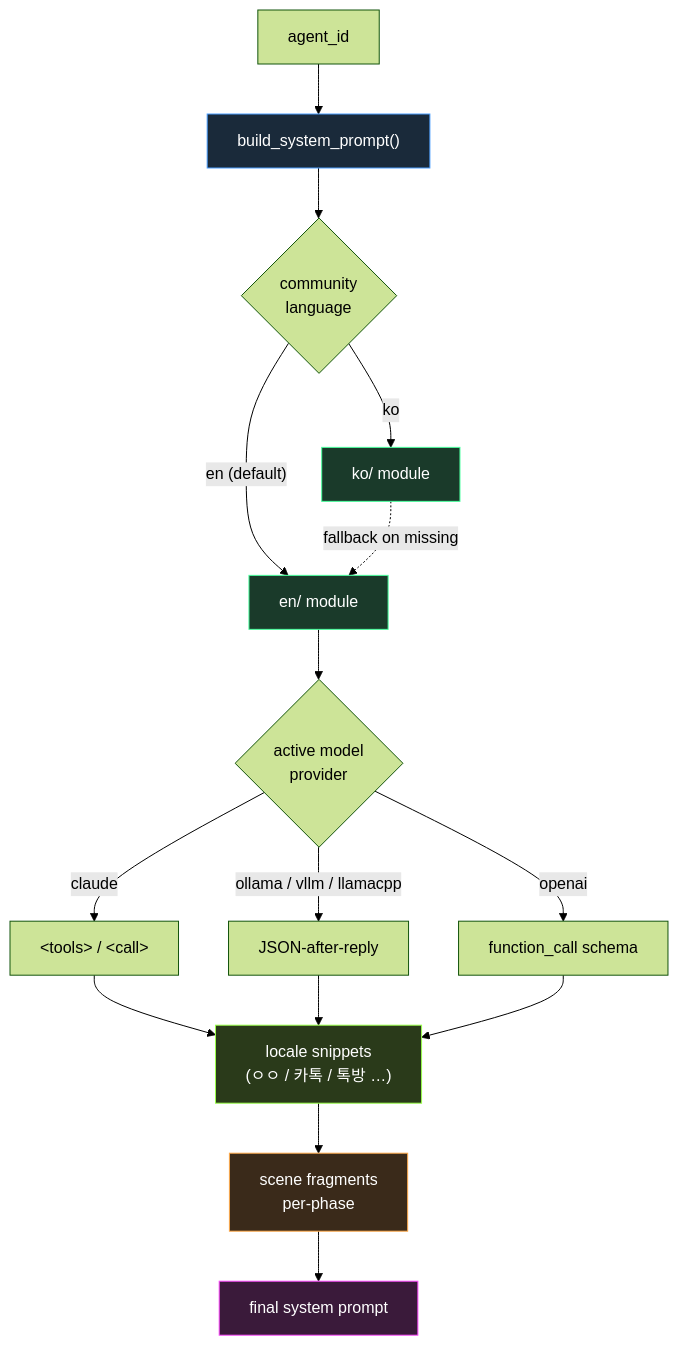
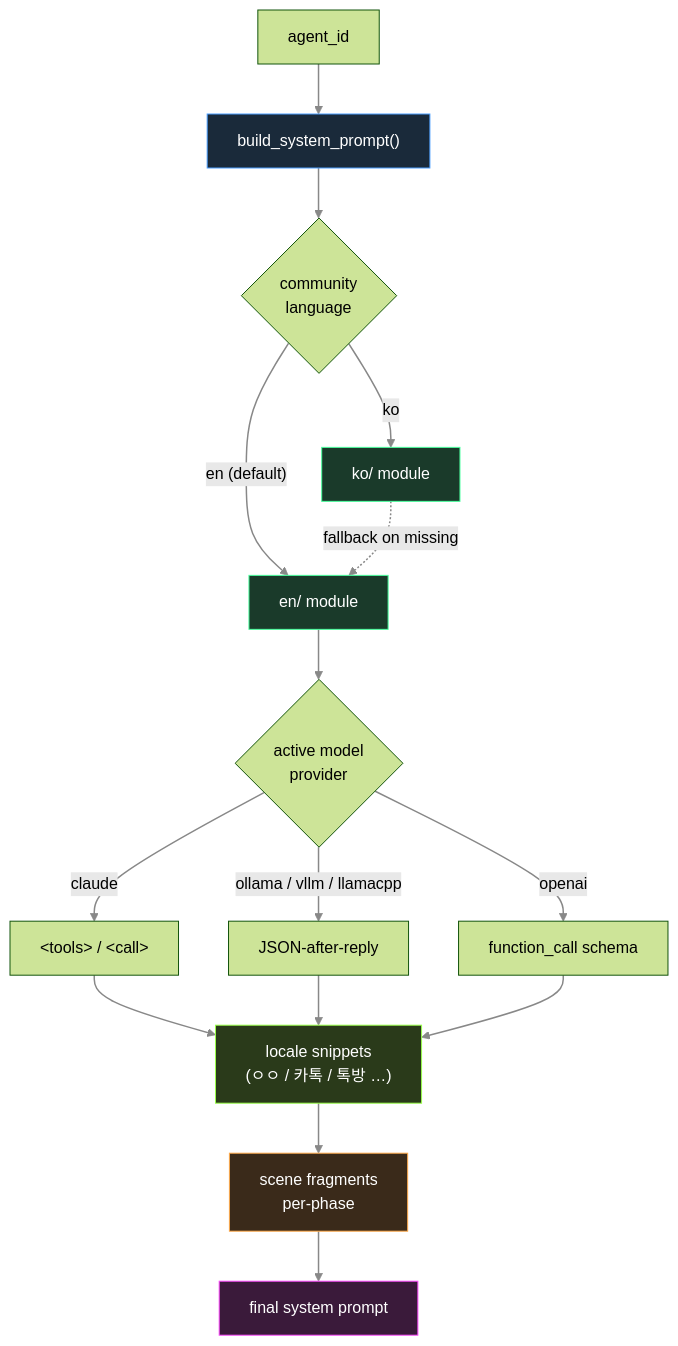
Before and after one commit to je-empty/Glimi: the sixth of 7 diagrams in README.md, drawn with Mermaid (forest theme). The commit also changed other lines of this file and 1 other file, not shown here.

First line of the commit message:
docs: mermaid linkStyle 추가 — GitHub light mode 에서 화살표 안 보이는 문제 fix

````diff
--- a/README.md
+++ b/README.md
@@ -499,22 +504,23 @@
 ```mermaid
 flowchart TB
+    linkStyle default stroke:#888,stroke-width:1.5px
     A["agent_id"] --> B["build_system_prompt()"]
     B --> C{"community<br/>language"}
     C -->|ko| D["ko/ module"]
     C -->|"en (default)"| E["en/ module"]
     D -. "fallback on missing" .-> E
     E --> F{"active model<br/>provider"}
     F -->|claude| G1["&lt;tools&gt; / &lt;call&gt;"]
     F -->|"ollama / vllm / llamacpp"| G2["JSON-after-reply"]
     F -->|openai| G3["function_call schema"]
     G1 & G2 & G3 --> H["locale snippets<br/>(ㅇㅇ / 카톡 / 톡방 …)"]
     H --> I["scene fragments<br/>per-phase"]
     I --> J["final system prompt"]
 
     style B fill:#1a2a3a,stroke:#4a9eff,color:#fff
     style D fill:#1a3a2a,stroke:#4aff9e,color:#fff
     style E fill:#1a3a2a,stroke:#4aff9e,color:#fff
     style H fill:#2a3a1a,stroke:#9aff4a,color:#fff
     style I fill:#3a2a1a,stroke:#ffaa4a,color:#fff
     style J fill:#3a1a3a,stroke:#ff4aff,color:#fff
 ```
````
